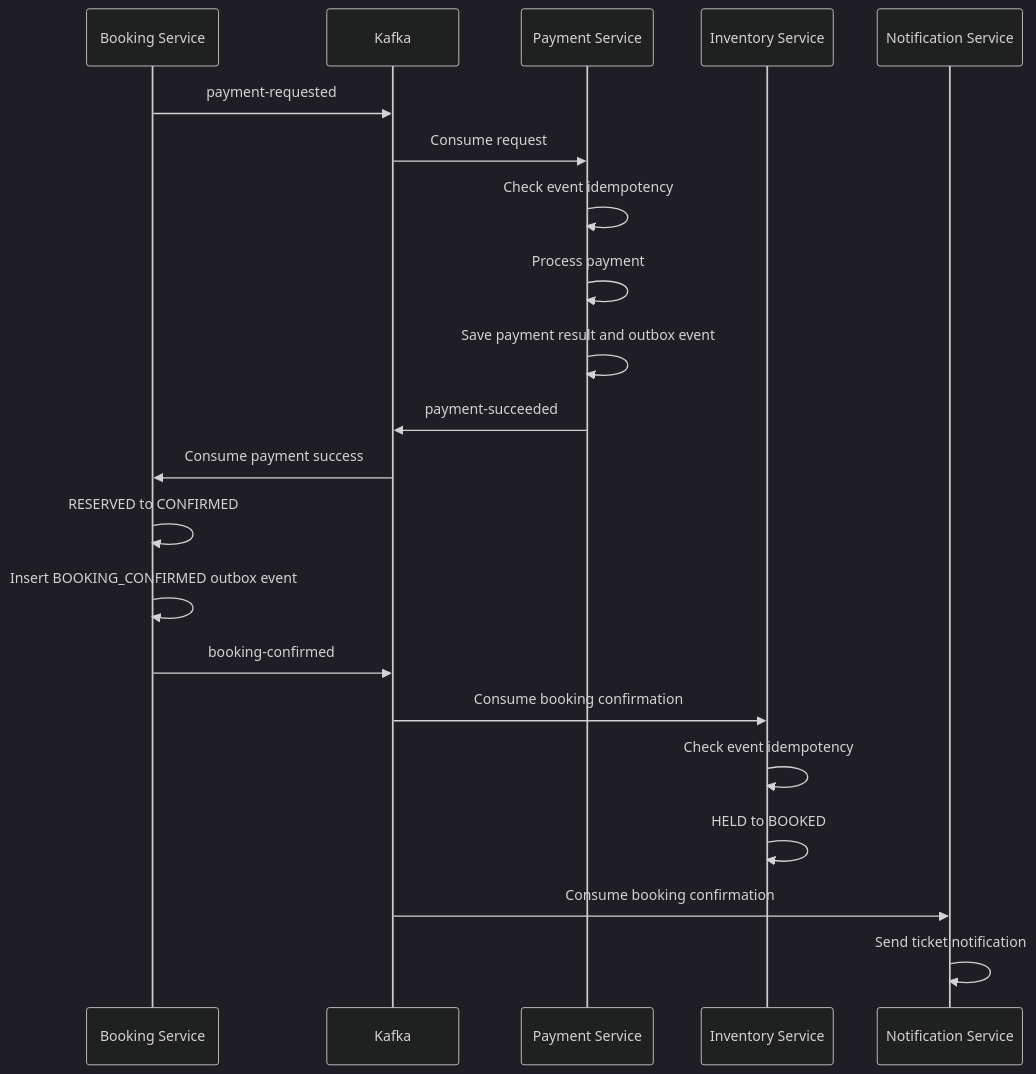
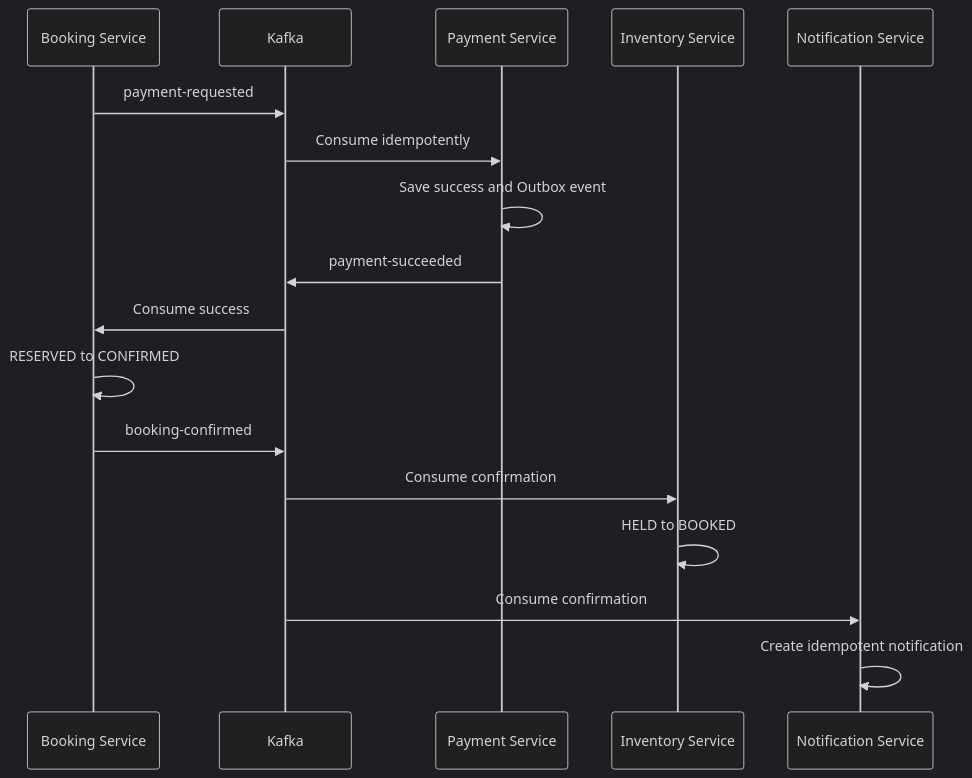
One commit to HuyKunNe/cinema-system changed the fifth of 15 diagrams in docs/13_SEQUENCE_DIAGRAMS.md. Above: the diagram before and after it, drawn with Mermaid (dark theme). The commit also changed other lines of this file and 17 other files, not shown here.

````diff
--- a/docs/13_SEQUENCE_DIAGRAMS.md
+++ b/docs/13_SEQUENCE_DIAGRAMS.md
@@ -64,28 +149,20 @@
 ```mermaid
 sequenceDiagram
     participant Booking as Booking Service
     participant Kafka
     participant Payment as Payment Service
     participant Inventory as Inventory Service
     participant Notification as Notification Service
 
     Booking->>Kafka: payment-requested
-    Kafka->>Payment: Consume request
-
-    Payment->>Payment: Check event idempotency
-    Payment->>Payment: Process payment
-    Payment->>Payment: Save payment result and outbox event
+    Kafka->>Payment: Consume idempotently
+    Payment->>Payment: Save success and Outbox event
     Payment->>Kafka: payment-succeeded
-
-    Kafka->>Booking: Consume payment success
+    Kafka->>Booking: Consume success
     Booking->>Booking: RESERVED to CONFIRMED
-    Booking->>Booking: Insert BOOKING_CONFIRMED outbox event
     Booking->>Kafka: booking-confirmed
-
-    Kafka->>Inventory: Consume booking confirmation
-    Inventory->>Inventory: Check event idempotency
+    Kafka->>Inventory: Consume confirmation
     Inventory->>Inventory: HELD to BOOKED
-
-    Kafka->>Notification: Consume booking confirmation
-    Notification->>Notification: Send ticket notification
+    Kafka->>Notification: Consume confirmation
+    Notification->>Notification: Create idempotent notification
 ```
````
